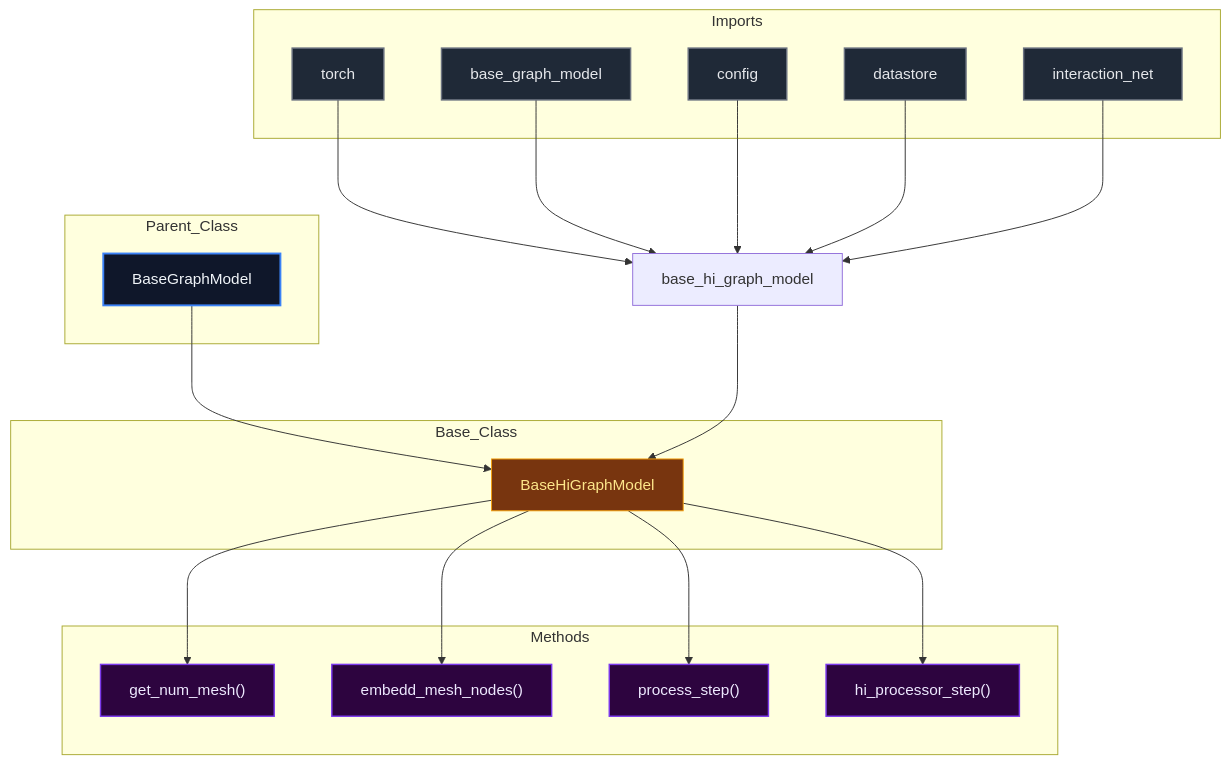
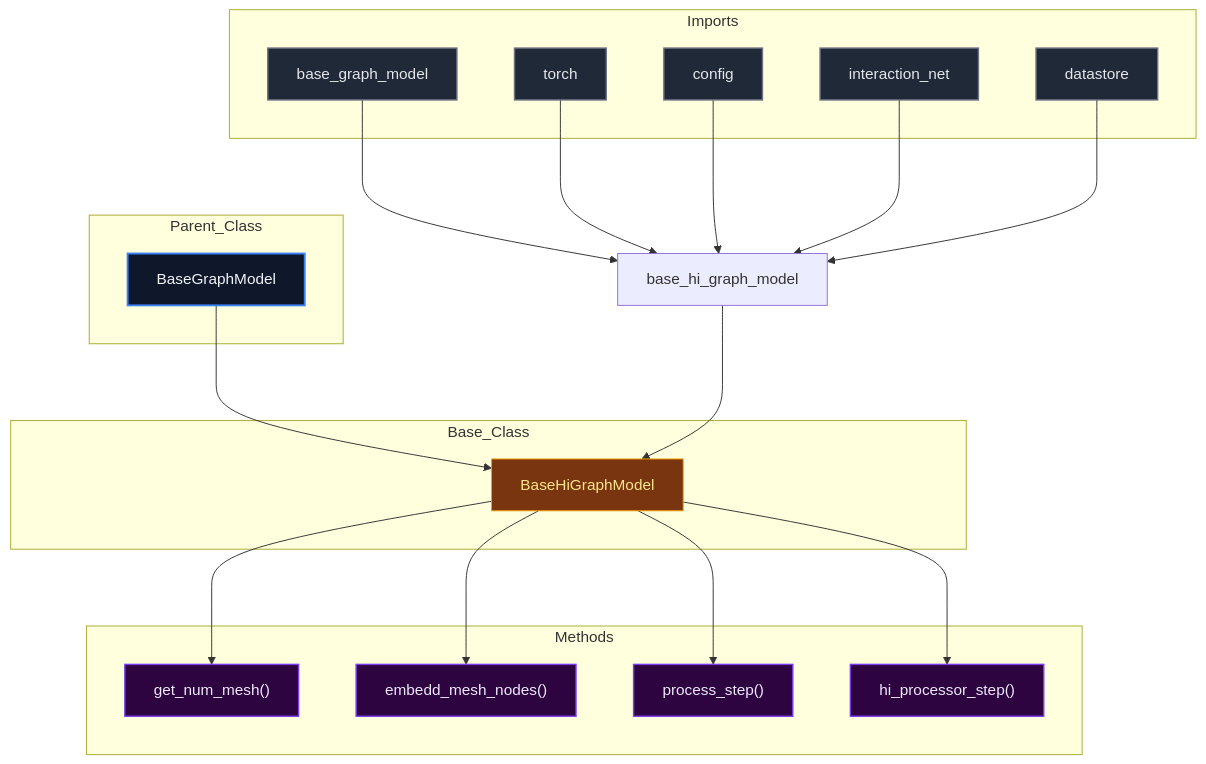
The diagram in docs/diagrams/base_hi_graph_model_diagram.md (mllam/neural-lam), drawn with Mermaid before and after one commit. The commit also changed 19 other files, not shown here.

Commit message:
Auto-update Mermaid diagrams

````diff
--- a/docs/diagrams/base_hi_graph_model_diagram.md
+++ b/docs/diagrams/base_hi_graph_model_diagram.md
@@ -1,54 +1,54 @@
 ```mermaid
 %%{init: {'flowchart': {'nodeSpacing': 60, 'rankSpacing': 80}}}%%
 flowchart TD
 
 module["base_hi_graph_model"]
 
 subgraph Parent_Class
     BaseGraphModel["BaseGraphModel"]
 end
 
 subgraph Base_Class
     BaseHiGraphModel["BaseHiGraphModel"]
 end
 
     BaseGraphModel --> BaseHiGraphModel
 
 subgraph Imports
+    base_graph_model["base_graph_model"]
     torch["torch"]
-    base_graph_model["base_graph_model"]
     config["config"]
+    interaction_net["interaction_net"]
     datastore["datastore"]
-    interaction_net["interaction_net"]
 end
 
+    base_graph_model --> module
     torch --> module
-    base_graph_model --> module
     config --> module
+    interaction_net --> module
     datastore --> module
-    interaction_net --> module
     module --> BaseHiGraphModel
 
 subgraph Methods
     BaseHiGraphModel_get_num_mesh["get_num_mesh()"]
     BaseHiGraphModel_embedd_mesh_nodes["embedd_mesh_nodes()"]
     BaseHiGraphModel_process_step["process_step()"]
     BaseHiGraphModel_hi_processor_step["hi_processor_step()"]
 end
 
     BaseHiGraphModel --> BaseHiGraphModel_get_num_mesh
     BaseHiGraphModel --> BaseHiGraphModel_embedd_mesh_nodes
     BaseHiGraphModel --> BaseHiGraphModel_process_step
     BaseHiGraphModel --> BaseHiGraphModel_hi_processor_step
 
 classDef parent fill:#0f172a,stroke:#3b82f6,stroke-width:2px,color:#f1f5f9,font-size:16px
 classDef base fill:#78350f,stroke:#f59e0b,stroke-width:1px,color:#fde68a,font-size:16px
 classDef import fill:#1f2937,stroke:#6b7280,stroke-width:1.5px,color:#e5e7eb,font-size:16px
 classDef method fill:#2d043f,stroke:#7c3aed,stroke-width:1.5px,color:#ede9fe,font-size:16px
 classDef callNode fill:#064e3b,stroke:#10b981,stroke-width:1.5px,color:#d1fae5,font-size:16px
 class BaseGraphModel parent
 class BaseHiGraphModel base
-class torch,base_graph_model,config,datastore,interaction_net import
+class base_graph_model,torch,config,interaction_net,datastore import
 class BaseHiGraphModel_get_num_mesh,BaseHiGraphModel_embedd_mesh_nodes,BaseHiGraphModel_process_step,BaseHiGraphModel_hi_processor_step method
 
 ```
````
